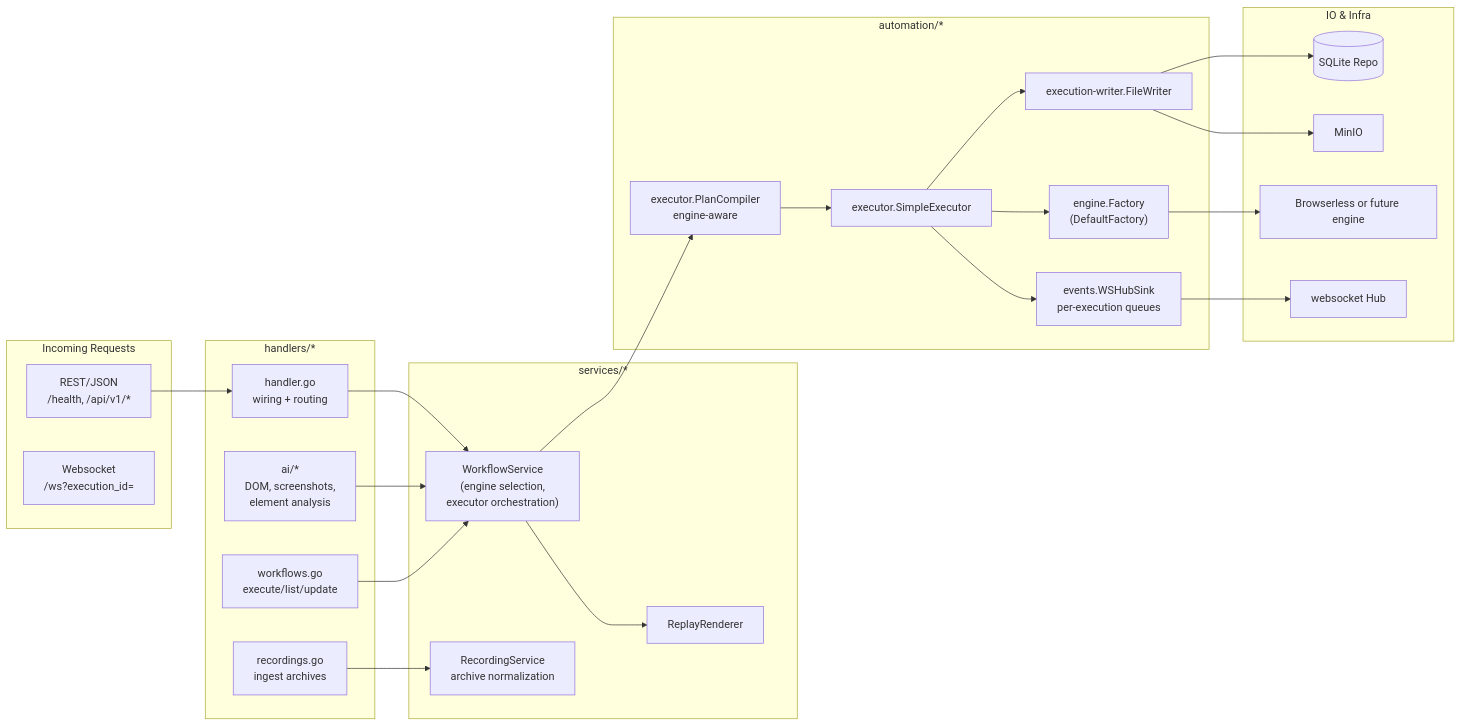
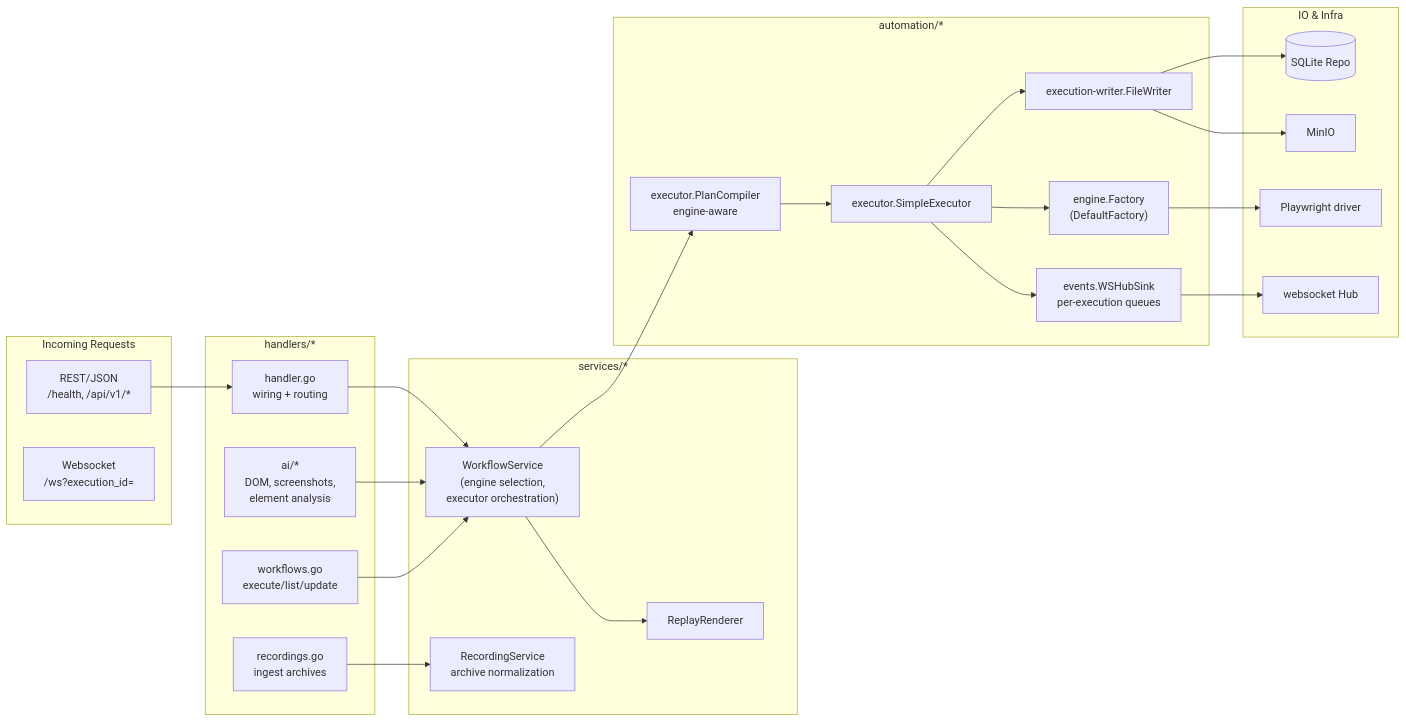
The diagram in scenarios/browser-automation-studio/api/handlers/README.md (Vrooli/Vrooli), drawn with Mermaid before and after one commit. The commit also changed 80 other files, not shown here.

````diff
--- a/scenarios/browser-automation-studio/api/handlers/README.md
+++ b/scenarios/browser-automation-studio/api/handlers/README.md
@@ -5,46 +5,46 @@
 ```mermaid
 flowchart LR
     subgraph Entry["Incoming Requests"]
         REST["REST/JSON\n/health, /api/v1/*"]
         WS["Websocket\n/ws?execution_id=<id>"]
     end
 
     subgraph Handlers["handlers/*"]
         H["handler.go\nwiring + routing"]
         AIH["ai/*\nDOM, screenshots,\nelement analysis"]
         WF["workflows.go\nexecute/list/update"]
         REC["recordings.go\ningest archives"]
     end
 
     subgraph Services["services/*"]
         WSVC["WorkflowService\n(engine selection,\nexecutor orchestration)"]
         RSVC["RecordingService\narchive normalization"]
         RENDER["ReplayRenderer"]
     end
 
     subgraph Automation["automation/*"]
         PLAN["executor.PlanCompiler\nengine-aware"]
         EXEC["executor.SimpleExecutor"]
         ENG["engine.Factory\n(DefaultFactory)"]
         RECORDER["execution-writer.FileWriter"]
         EVENTS["events.WSHubSink\nper-execution queues"]
     end
 
     subgraph IO["IO & Infra"]
         DB[(SQLite Repo)]
         MINIO["MinIO"]
-        BROW["Browserless or future engine"]
+        BROW["Playwright driver"]
         HUB["websocket Hub"]
     end
 
     REST --> H --> WSVC
     AIH --> WSVC
     WF --> WSVC
     REC --> RSVC
     WSVC --> PLAN --> EXEC
     EXEC --> ENG --> BROW
     EXEC --> RECORDER --> DB
     EXEC --> EVENTS --> HUB
     RECORDER --> MINIO
     WSVC --> RENDER
 ```
````
